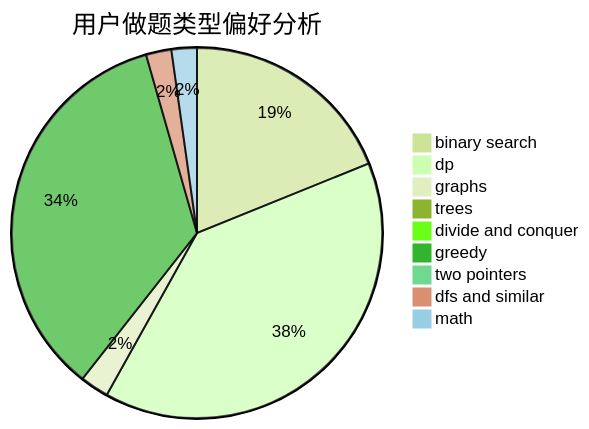
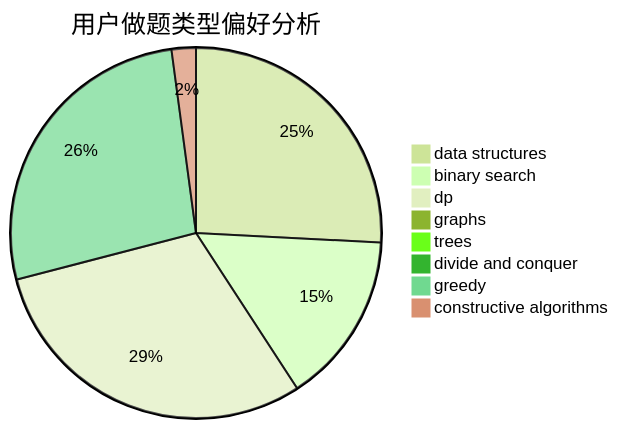
The second of 3 diagrams in docs/user/u1083.md (sherpahu/cfrs.github.io), drawn with Mermaid (forest theme) before and after one commit. The commit also changed other lines of this file and 2775 other files, not shown here.

````diff
--- a/docs/user/u1083.md
+++ b/docs/user/u1083.md
@@ -23,12 +23,11 @@
 ```mermaid
 pie title 用户做题类型偏好分析
-    "binary search" :  196
-    "dp" :  407
-    "graphs" :  26
+    "data structures" :  329
+    "binary search" :  191
+    "dp" :  384
+    "graphs" :  10
     "trees" :  9
     "divide and conquer" :  9
-    "greedy" :  363
-    "two pointers" :  3
-    "dfs and similar" :  23
-    "math" :  23
+    "greedy" :  343
+    "constructive algorithms" :  27
 ```
````
